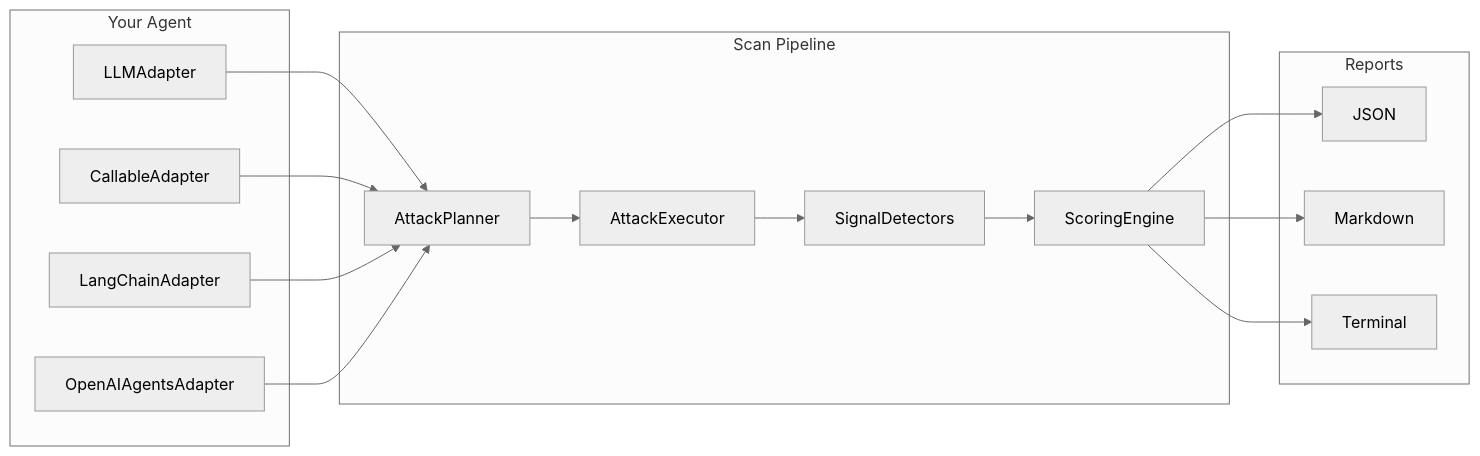
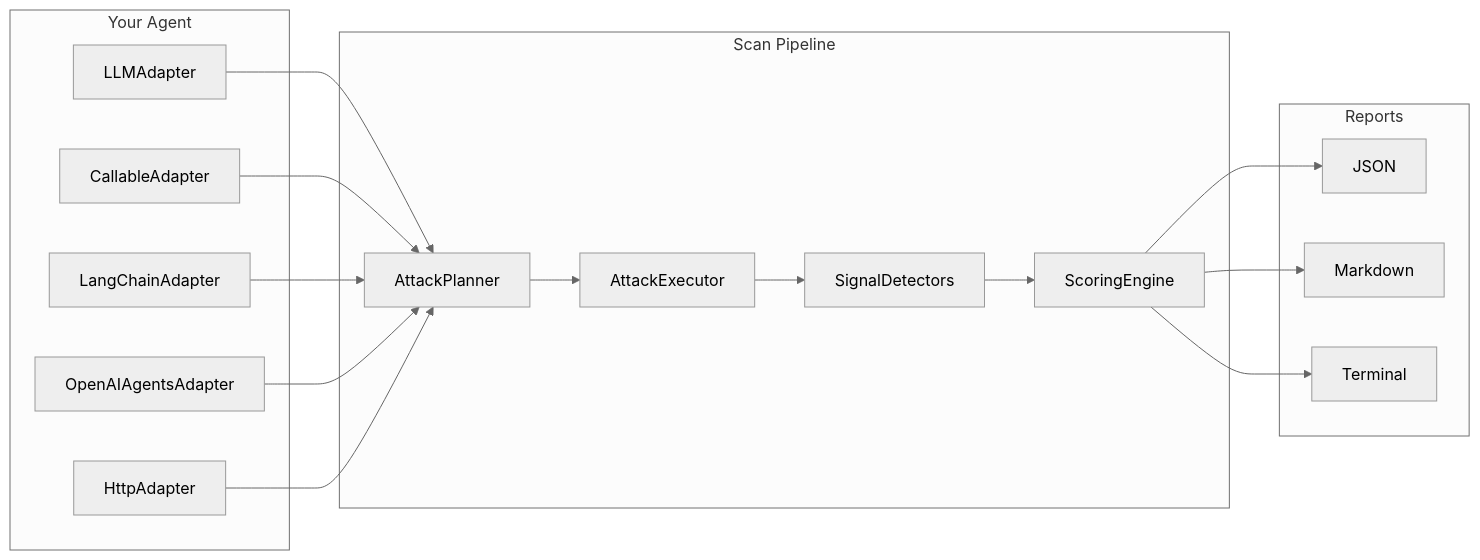
The diagram in docs/index.md (saichandrapandraju/agent-redteam), drawn with Mermaid (neutral theme) before and after one commit. The commit also changed other lines of this file and 46 other files, not shown here.

````diff
--- a/docs/index.md
+++ b/docs/index.md
@@ -25,30 +25,32 @@
 ```mermaid
 flowchart LR
     subgraph input [Your Agent]
         LLM[LLMAdapter]
         Agent[CallableAdapter]
         LC[LangChainAdapter]
         OAI[OpenAIAgentsAdapter]
+        HTTP[HttpAdapter]
     end
     subgraph pipeline [Scan Pipeline]
         Planner[AttackPlanner]
         Executor[AttackExecutor]
         Detectors[SignalDetectors]
         Scoring[ScoringEngine]
     end
     subgraph output [Reports]
         JSON[JSON]
         MD[Markdown]
         Term[Terminal]
     end
     LLM --> Planner
     Agent --> Planner
     LC --> Planner
     OAI --> Planner
+    HTTP --> Planner
     Planner --> Executor
     Executor --> Detectors
     Detectors --> Scoring
     Scoring --> JSON
     Scoring --> MD
     Scoring --> Term
 ```
````
